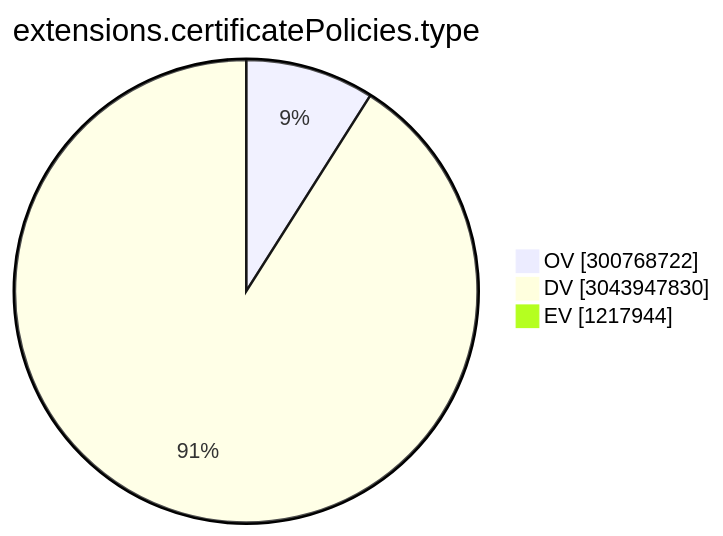
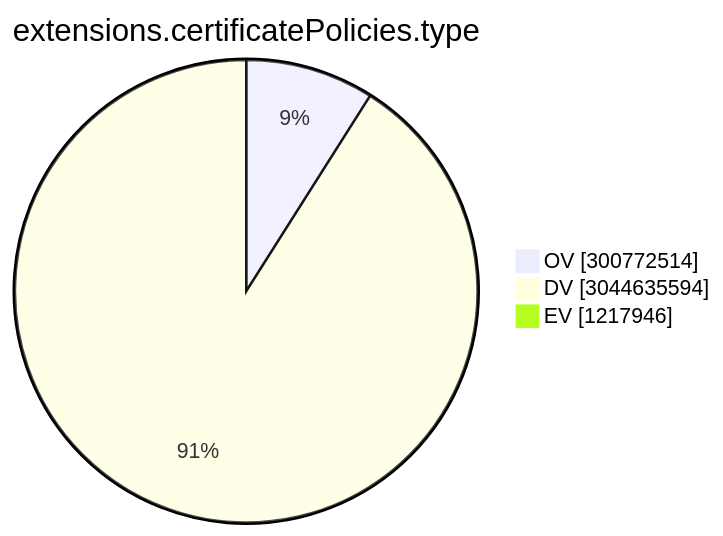
One commit to christiankrug/ctmonitor_visualization changed the ninth of 15 diagrams in TOTAL/README.md. Above: the diagram before and after it, drawn with Mermaid. The commit also changed other lines of this file, not shown here.

````diff
--- a/TOTAL/README.md
+++ b/TOTAL/README.md
@@ -3102,7 +3102,7 @@
 ```mermaid
 pie showData
 title extensions.certificatePolicies.type
-"OV" :300768722
-"DV" :3043947830
-"EV" :1217944
+"OV" :300772514
+"DV" :3044635594
+"EV" :1217946
 ```
````
